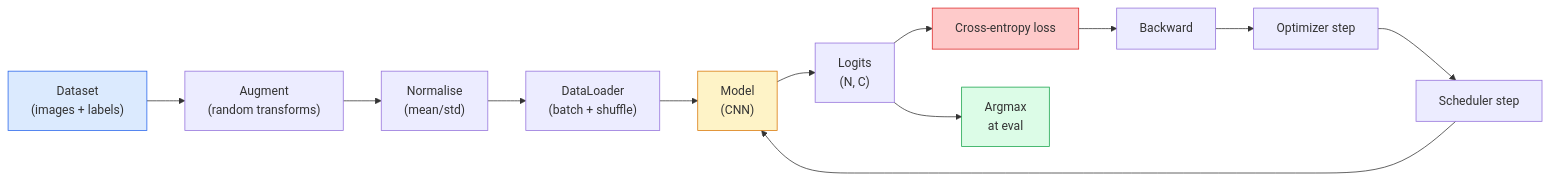
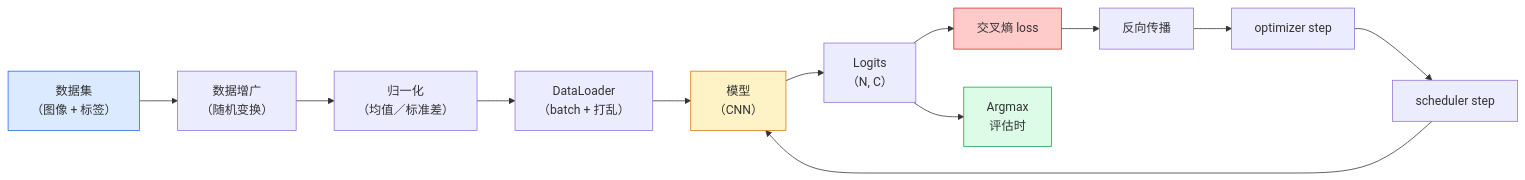
The diagram in phases/04-computer-vision/04-image-classification/docs/zh.md (JerryC8080/ai-engineering-from-scratch-zh), drawn with Mermaid before and after one commit. The commit also changed 156 other files, not shown here.

First line of the commit message:
i18n(zh): translate mermaid diagram labels in 157 lesson zh.md

````diff
--- a/phases/04-computer-vision/04-image-classification/docs/zh.md
+++ b/phases/04-computer-vision/04-image-classification/docs/zh.md
@@ -31,19 +31,19 @@
 ```mermaid
 flowchart LR
-    A["Dataset<br/>(images + labels)"] --> B["Augment<br/>(random transforms)"]
-    B --> C["Normalise<br/>(mean/std)"]
-    C --> D["DataLoader<br/>(batch + shuffle)"]
-    D --> E["Model<br/>(CNN)"]
-    E --> F["Logits<br/>(N, C)"]
-    F --> G["Cross-entropy loss"]
-    F --> H["Argmax<br/>at eval"]
-    G --> I["Backward"]
-    I --> J["Optimizer step"]
-    J --> K["Scheduler step"]
+    A["数据集<br/>（图像 + 标签）"] --> B["数据增广<br/>（随机变换）"]
+    B --> C["归一化<br/>（均值／标准差）"]
+    C --> D["DataLoader<br/>（batch + 打乱）"]
+    D --> E["模型<br/>（CNN）"]
+    E --> F["Logits<br/>（N, C）"]
+    F --> G["交叉熵 loss"]
+    F --> H["Argmax<br/>评估时"]
+    G --> I["反向传播"]
+    I --> J["optimizer step"]
+    J --> K["scheduler step"]
     K --> E
 
     style A fill:#dbeafe,stroke:#2563eb
     style E fill:#fef3c7,stroke:#d97706
     style G fill:#fecaca,stroke:#dc2626
     style H fill:#dcfce7,stroke:#16a34a
 ```
````
